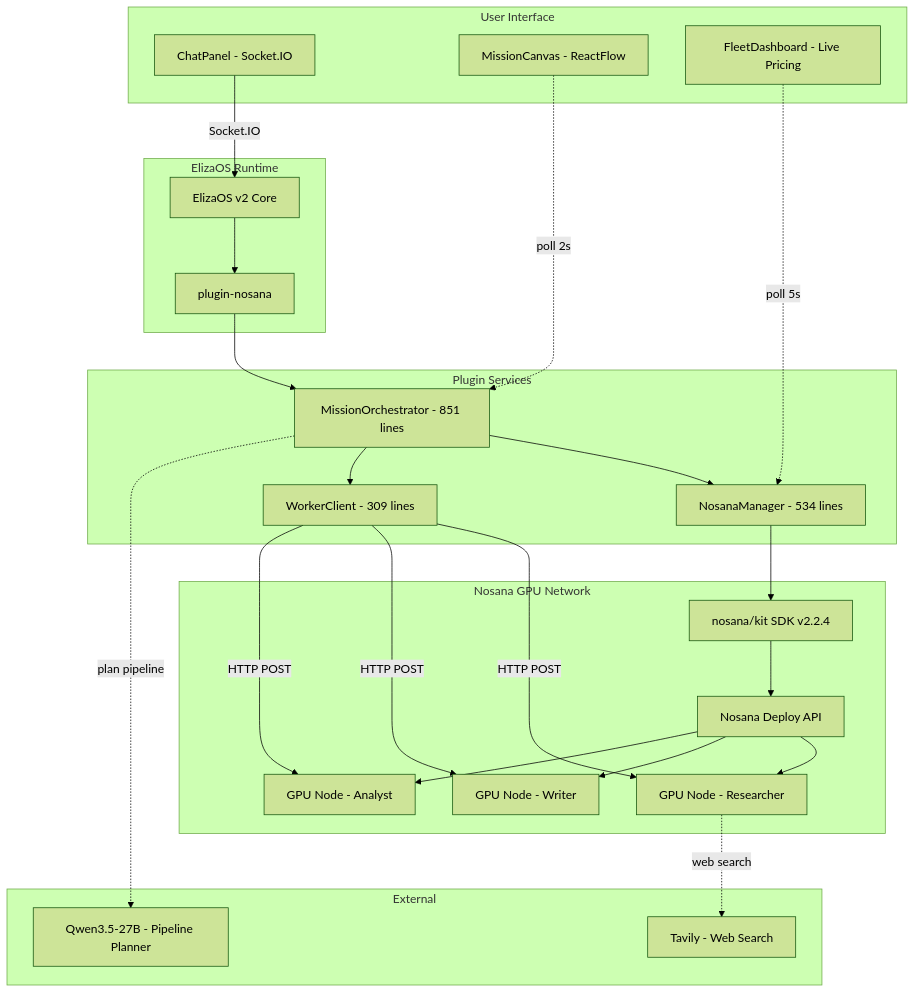
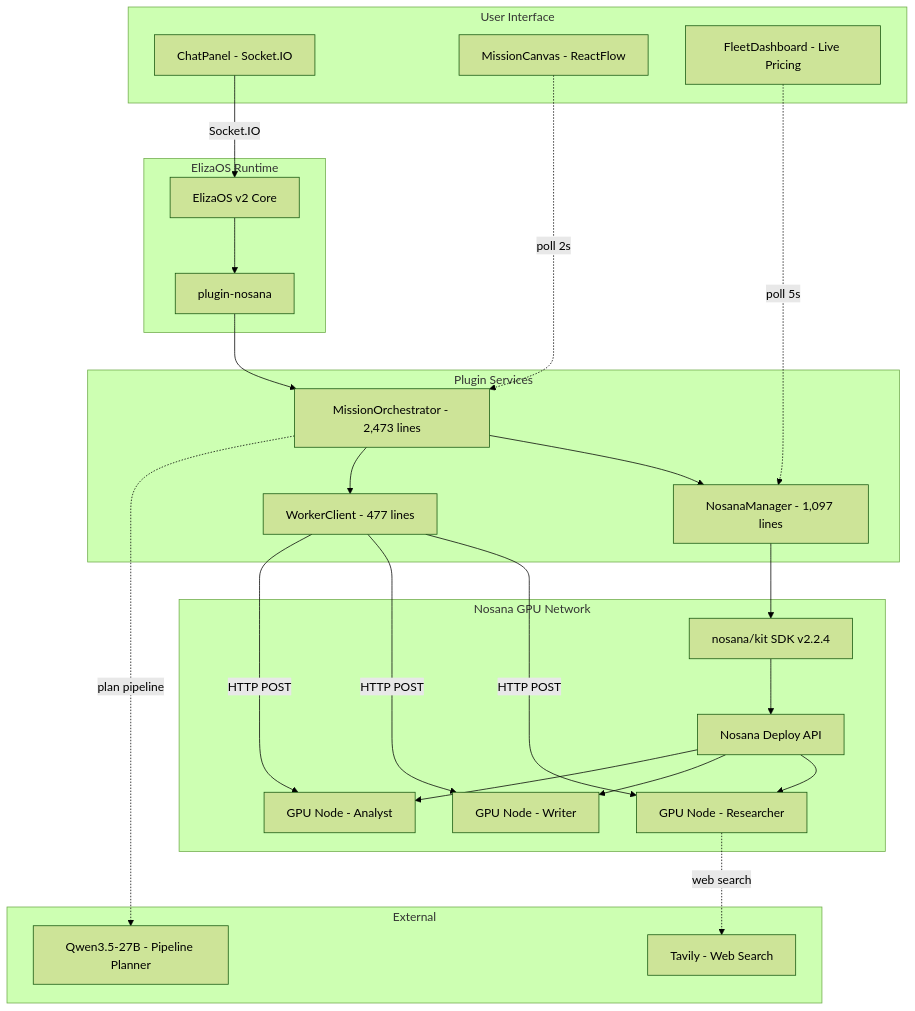
Before and after one commit to Andy00L/agent-challenge-4: the first of 8 diagrams in ARCHITECTURE.md, drawn with Mermaid (forest theme). The commit also changed other lines of this file and 6 other files, not shown here.

````diff
--- a/ARCHITECTURE.md
+++ b/ARCHITECTURE.md
@@ -7,45 +7,45 @@
 ```mermaid
 graph TB
     subgraph User Interface
         Chat[ChatPanel - Socket.IO]
         Canvas[MissionCanvas - ReactFlow]
         Fleet[FleetDashboard - Live Pricing]
     end
     subgraph ElizaOS Runtime
         Core[ElizaOS v2 Core]
         Plugin[plugin-nosana]
     end
     subgraph Plugin Services
-        Orch[MissionOrchestrator - 851 lines]
-        Manager[NosanaManager - 534 lines]
-        Worker[WorkerClient - 309 lines]
+        Orch[MissionOrchestrator - 2,473 lines]
+        Manager[NosanaManager - 1,097 lines]
+        Worker[WorkerClient - 477 lines]
     end
     subgraph Nosana GPU Network
         SDK[nosana/kit SDK v2.2.4]
         API[Nosana Deploy API]
         GPU1[GPU Node - Researcher]
         GPU2[GPU Node - Writer]
         GPU3[GPU Node - Analyst]
     end
     subgraph External
         LLM[Qwen3.5-27B - Pipeline Planner]
         Tavily[Tavily - Web Search]
     end
     Chat -->|Socket.IO| Core
     Core --> Plugin
     Plugin --> Orch
     Orch --> Manager
     Orch --> Worker
     Manager --> SDK
     SDK --> API
     API --> GPU1
     API --> GPU2
     API --> GPU3
     Worker -->|HTTP POST| GPU1
     Worker -->|HTTP POST| GPU2
     Worker -->|HTTP POST| GPU3
     GPU1 -.->|web search| Tavily
     Orch -.->|plan pipeline| LLM
     Canvas -.->|poll 2s| Orch
     Fleet -.->|poll 5s| Manager
 ```
````
